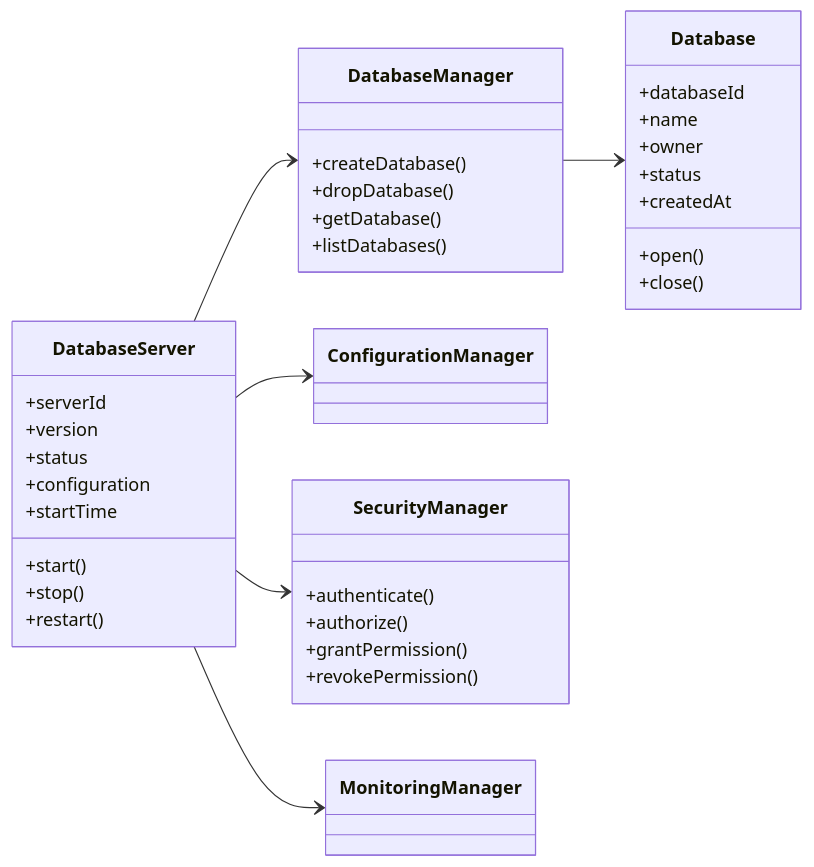
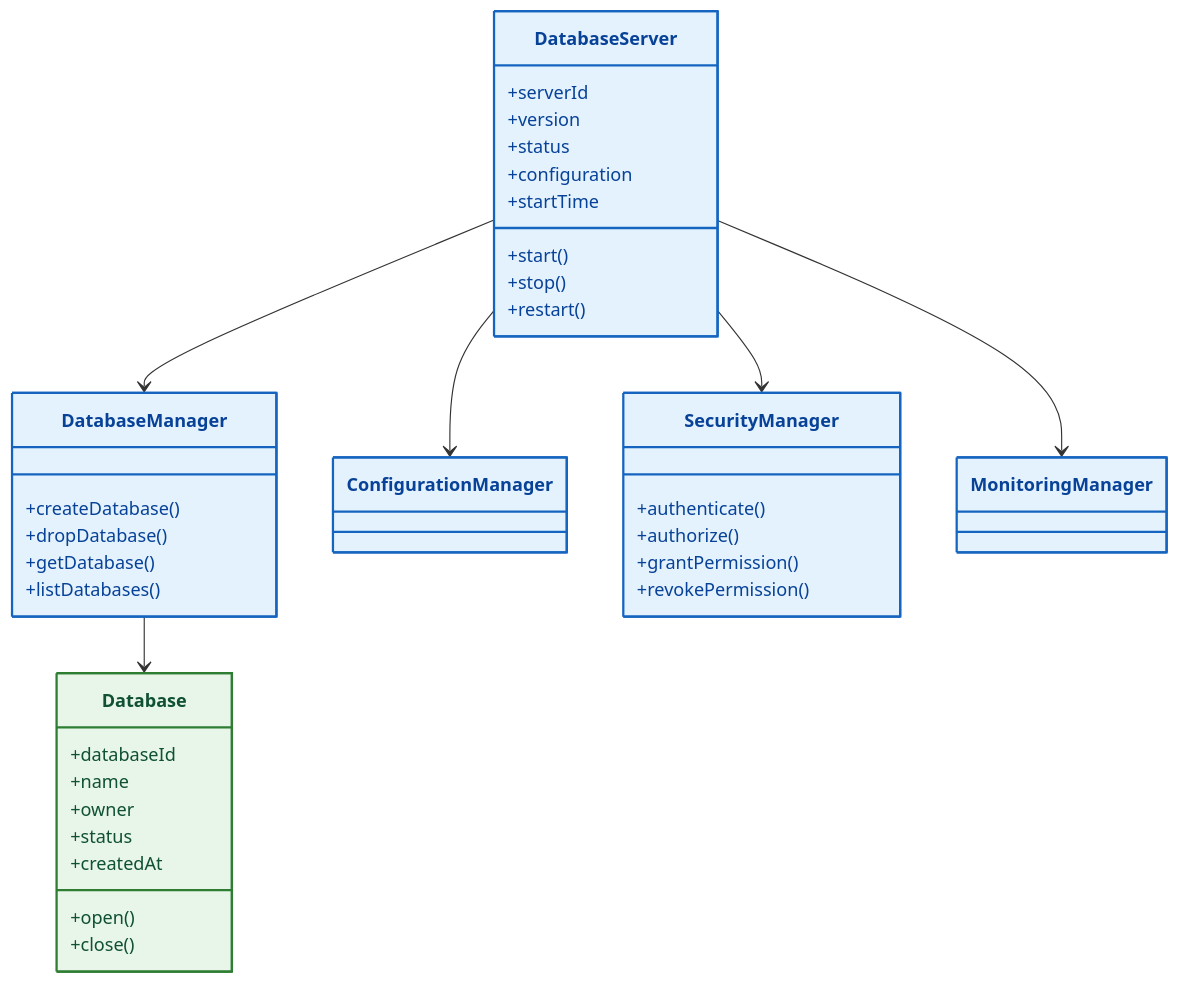
Before and after one commit to Huy1801214/dbms-architecture: the third of 19 diagrams in docs/README.md, drawn with Mermaid. The commit also changed other lines of this file, not shown here.

Commit message:
add system architecture and class diagrams for DBMS design

````diff
--- a/docs/README.md
+++ b/docs/README.md
@@ -474,52 +474,62 @@
 ```mermaid
 classDiagram
-direction LR
+direction TB
 
 class DatabaseServer{
     +serverId
     +version
     +status
     +configuration
     +startTime
 
     +start()
     +stop()
     +restart()
 }
 
 class DatabaseManager{
     +createDatabase()
     +dropDatabase()
     +getDatabase()
     +listDatabases()
 }
 
 class ConfigurationManager
 
 class SecurityManager{
     +authenticate()
     +authorize()
     +grantPermission()
     +revokePermission()
 }
 
 class MonitoringManager
 
 class Database{
     +databaseId
     +name
     +owner
     +status
     +createdAt
 
     +open()
     +close()
 }
 
 DatabaseServer --> DatabaseManager
 DatabaseServer --> ConfigurationManager
 DatabaseServer --> SecurityManager
 DatabaseServer --> MonitoringManager
 
 DatabaseManager --> Database
+
+%% =====================================================
+%% STYLING DEFINITIONS
+%% =====================================================
+style DatabaseServer fill:#e3f2fd,stroke:#1565c0,stroke-width:2px,color:#084298
+style DatabaseManager fill:#e3f2fd,stroke:#1565c0,stroke-width:2px,color:#084298
+style ConfigurationManager fill:#e3f2fd,stroke:#1565c0,stroke-width:2px,color:#084298
+style SecurityManager fill:#e3f2fd,stroke:#1565c0,stroke-width:2px,color:#084298
+style MonitoringManager fill:#e3f2fd,stroke:#1565c0,stroke-width:2px,color:#084298
+style Database fill:#e8f5e9,stroke:#2e7d32,stroke-width:2px,color:#0f5132
 ```
````
